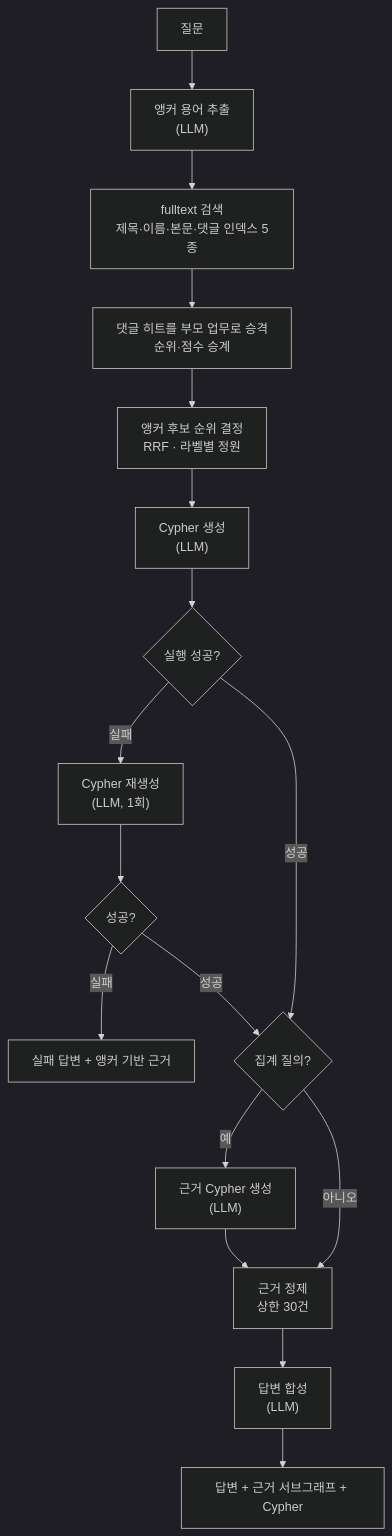
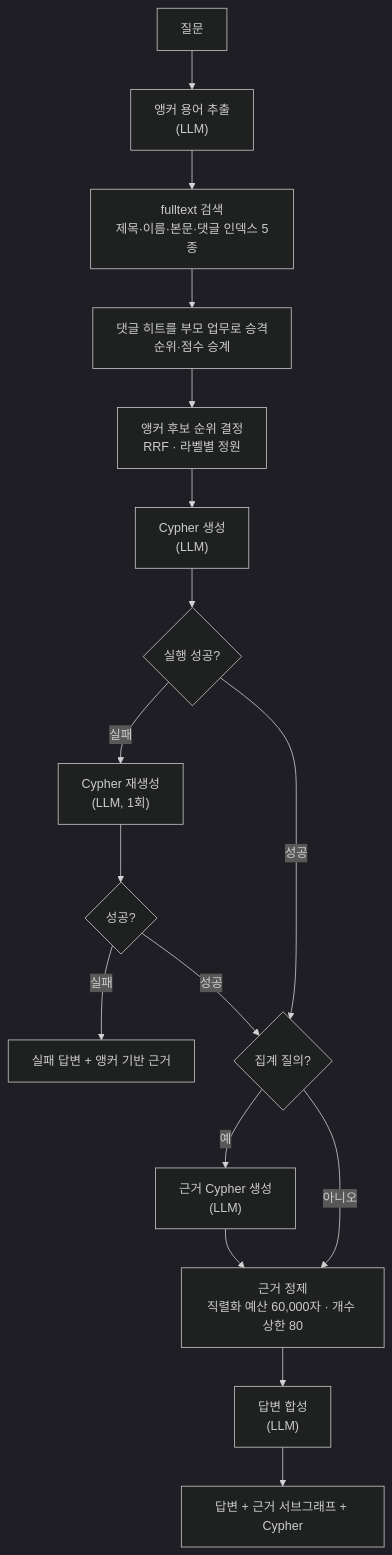
The second of 3 diagrams in docs/flow.md (jon890/devloop-v2), drawn with Mermaid (dark theme) before and after one commit. The commit also changed other lines of this file and 2 other files, not shown here.

````diff
--- a/docs/flow.md
+++ b/docs/flow.md
@@ -107,19 +107,19 @@
 ```mermaid
 flowchart TD
     Q["질문"] --> T["앵커 용어 추출<br/>(LLM)"]
     T --> S["fulltext 검색<br/>제목·이름·본문·댓글 인덱스 5종"]
     S --> P["댓글 히트를 부모 업무로 승격<br/>순위·점수 승계"]
     P --> R["앵커 후보 순위 결정<br/>RRF · 라벨별 정원"]
     R --> C["Cypher 생성<br/>(LLM)"]
     C --> E{"실행 성공?"}
     E -->|실패| C2["Cypher 재생성<br/>(LLM, 1회)"]
     C2 --> E2{"성공?"}
     E2 -->|실패| FB["실패 답변 + 앵커 기반 근거"]
     E -->|성공| AGG{"집계 질의?"}
     E2 -->|성공| AGG
     AGG -->|예| EV["근거 Cypher 생성<br/>(LLM)"]
     AGG -->|아니오| BUILD
-    EV --> BUILD["근거 정제<br/>상한 30건"]
+    EV --> BUILD["근거 정제<br/>직렬화 예산 60,000자 · 개수 상한 80"]
     BUILD --> A["답변 합성<br/>(LLM)"]
     A --> OUT["답변 + 근거 서브그래프 + Cypher"]
 ```
````
